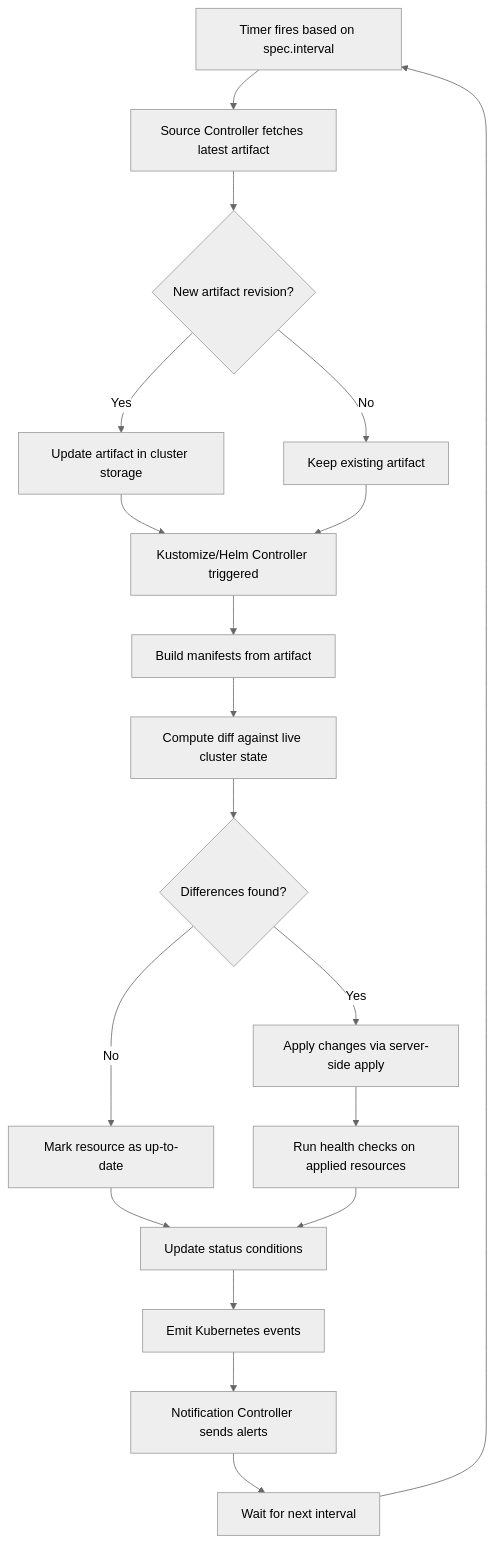
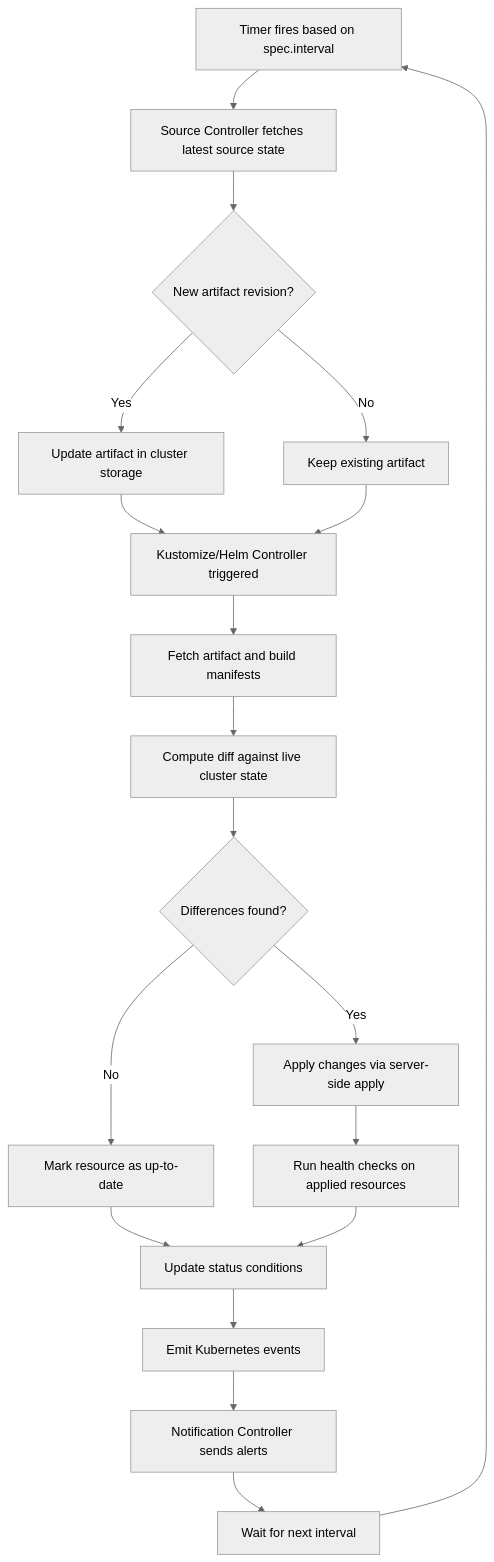
The first of 3 diagrams in posts/2026-03-05-flux-cd-reconciliation-loop/README.md (OneUptime/blog), drawn with Mermaid (neutral theme) before and after one commit. The commit also changed other lines of this file and 2 other files, not shown here.

````diff
--- a/posts/2026-03-05-flux-cd-reconciliation-loop/README.md
+++ b/posts/2026-03-05-flux-cd-reconciliation-loop/README.md
@@ -21,21 +21,21 @@
 ```mermaid
 graph TD
-    A[Timer fires based on spec.interval] --> B[Source Controller fetches latest artifact]
+    A[Timer fires based on spec.interval] --> B[Source Controller fetches latest source state]
     B --> C{New artifact revision?}
     C -->|Yes| D[Update artifact in cluster storage]
     C -->|No| E[Keep existing artifact]
     D --> F[Kustomize/Helm Controller triggered]
     E --> F
-    F --> G[Build manifests from artifact]
+    F --> G[Fetch artifact and build manifests]
     G --> H[Compute diff against live cluster state]
     H --> I{Differences found?}
     I -->|Yes| J[Apply changes via server-side apply]
     I -->|No| K[Mark resource as up-to-date]
     J --> L[Run health checks on applied resources]
     K --> M[Update status conditions]
     L --> M
     M --> N[Emit Kubernetes events]
     N --> O[Notification Controller sends alerts]
     O --> P[Wait for next interval]
     P --> A
 ```
````
